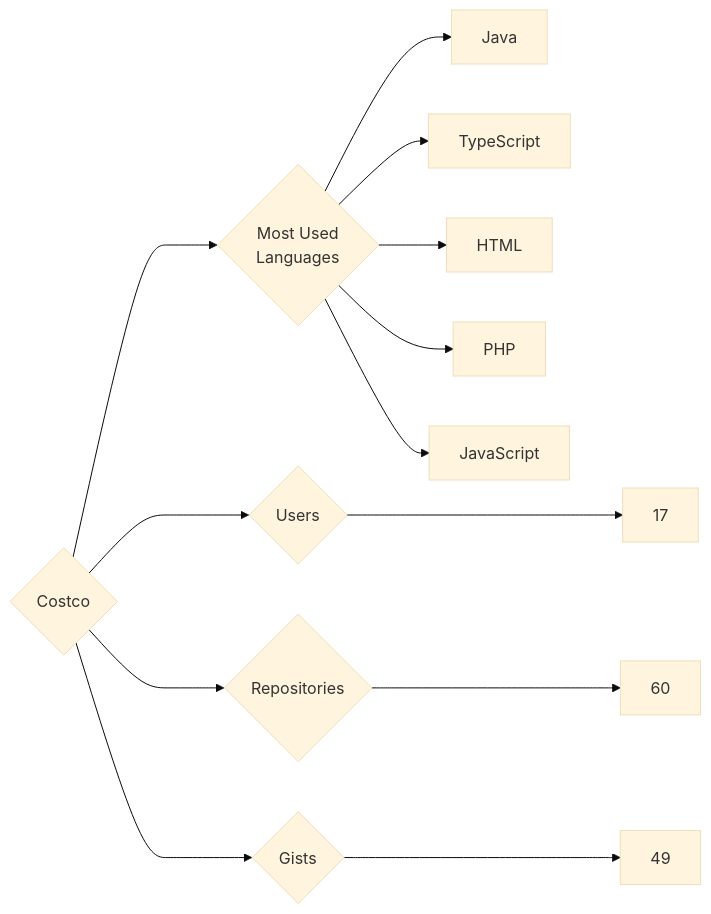
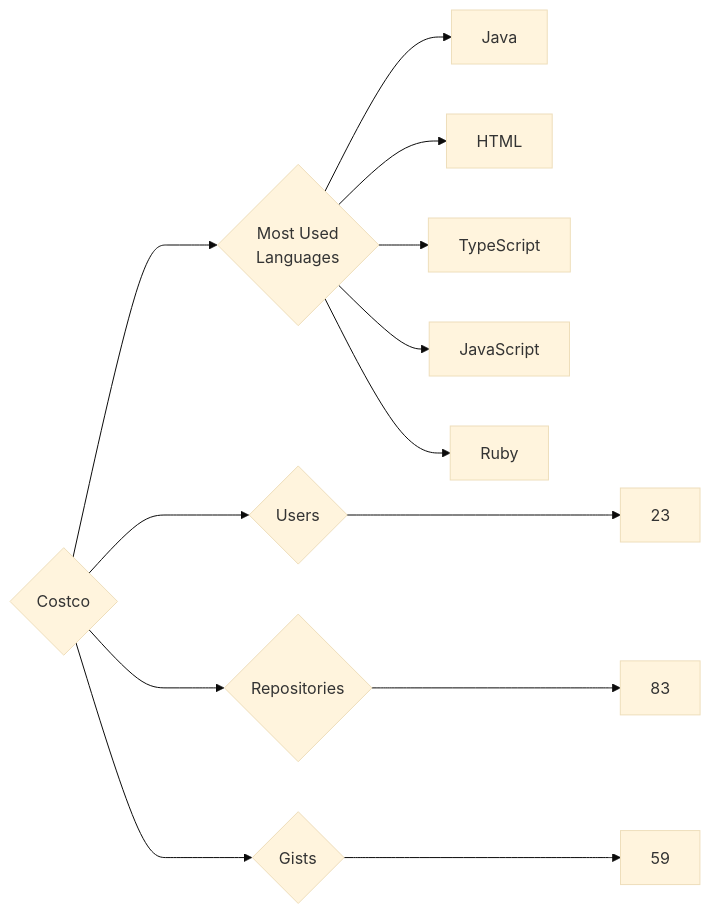
The diagram in targets/Costco/README.md (trickest/insiders), drawn with Mermaid (base theme) before and after one commit. The commit also changed 682 other files, not shown here.

````diff
--- a/targets/Costco/README.md
+++ b/targets/Costco/README.md
@@ -3,13 +3,13 @@
 ```mermaid
 graph LR
 COMPANY_NAME{Costco}
-COMPANY_NAME ---> U{Users} ---> UN[17]
-COMPANY_NAME ---> R{Repositories} ---> RN[60]
-COMPANY_NAME ---> G{Gists} ---> GN[49]
+COMPANY_NAME ---> U{Users} ---> UN[23]
+COMPANY_NAME ---> R{Repositories} ---> RN[83]
+COMPANY_NAME ---> G{Gists} ---> GN[59]
 COMPANY_NAME ---> ML{Most Used<br>Languages}
 ML --> Java[Java]
+ML --> HTML[HTML]
 ML --> TypeScript[TypeScript]
-ML --> HTML[HTML]
-ML --> PHP[PHP]
 ML --> JavaScript[JavaScript]
+ML --> Ruby[Ruby]
 ```
````
